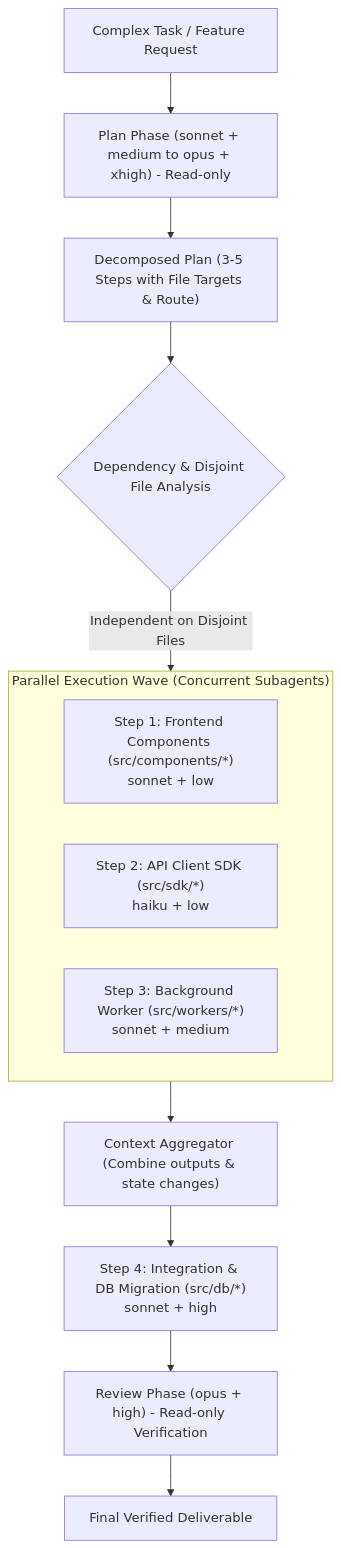
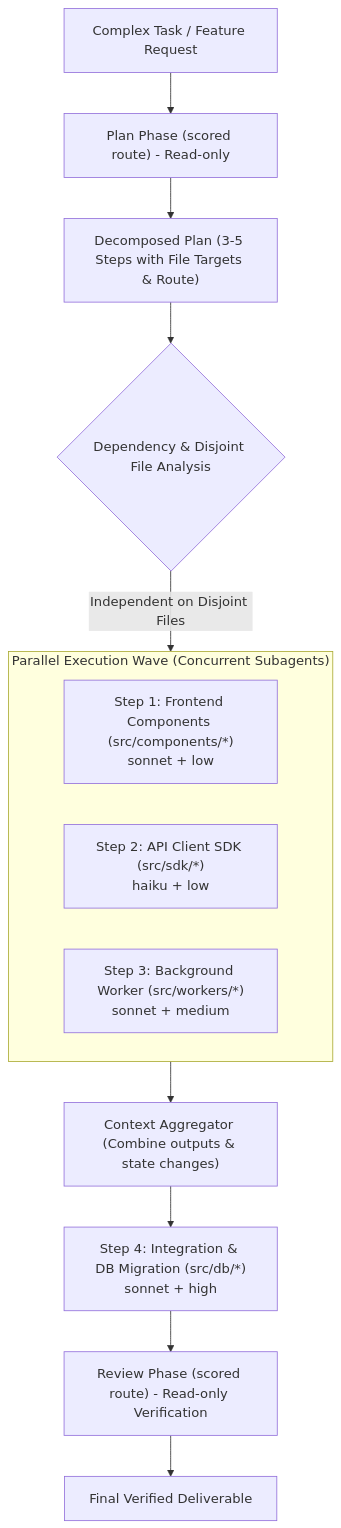
One commit to Sagor31h2/claude-auto-route changed the first of 2 diagrams in README.md. Above: the diagram before and after it, drawn with Mermaid. The commit also changed other lines of this file and 26 other files, not shown here.

Commit message:
Replace phase-fixed routing with signal-scored cheap-first cascade, add Route-meta logging, cost/escalation/slow stats and adaptive evals, bump to 1.17.0

````diff
--- a/README.md
+++ b/README.md
@@ -193,25 +193,25 @@
 ```mermaid
 flowchart TD
-    Task["Complex Task / Feature Request"] --> Planner["Plan Phase (sonnet + medium to opus + xhigh) - Read-only"]
+    Task["Complex Task / Feature Request"] --> Planner["Plan Phase (scored route) - Read-only"]
     
     Planner --> PlanOutput["Decomposed Plan (3-5 Steps with File Targets & Route)"]
     
     PlanOutput --> DepAnalysis{"Dependency & Disjoint File Analysis"}
     
     subgraph ParallelWave ["Parallel Execution Wave (Concurrent Subagents)"]
         direction LR
         Step1["Step 1: Frontend Components (src/components/*)<br/>sonnet + low"]
         Step2["Step 2: API Client SDK (src/sdk/*)<br/>haiku + low"]
         Step3["Step 3: Background Worker (src/workers/*)<br/>sonnet + medium"]
     end
     
     DepAnalysis -- "Independent on Disjoint Files" --> ParallelWave
     
     ParallelWave --> Aggregator["Context Aggregator (Combine outputs & state changes)"]
     
     Aggregator --> SequentialStep["Step 4: Integration & DB Migration (src/db/*)<br/>sonnet + high"]
     
-    SequentialStep --> FinalReview["Review Phase (opus + high) - Read-only Verification"]
+    SequentialStep --> FinalReview["Review Phase (scored route) - Read-only Verification"]
     
     FinalReview --> FinalDone["Final Verified Deliverable"]
 ```
````
